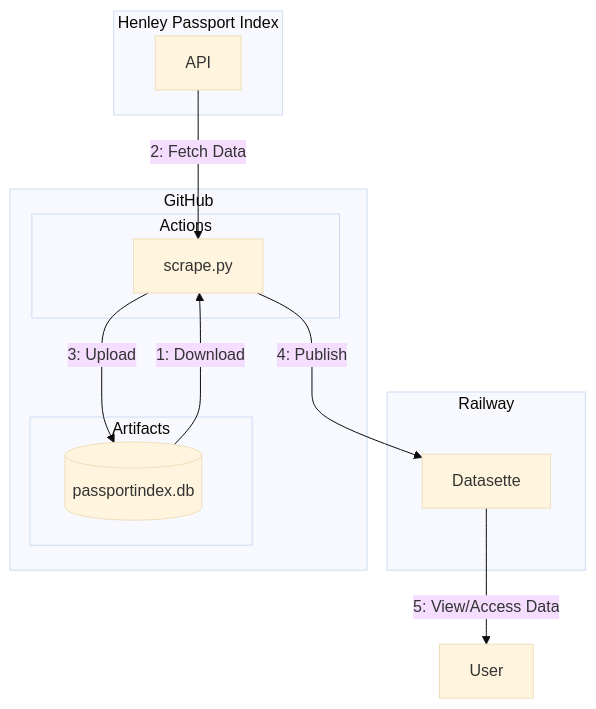
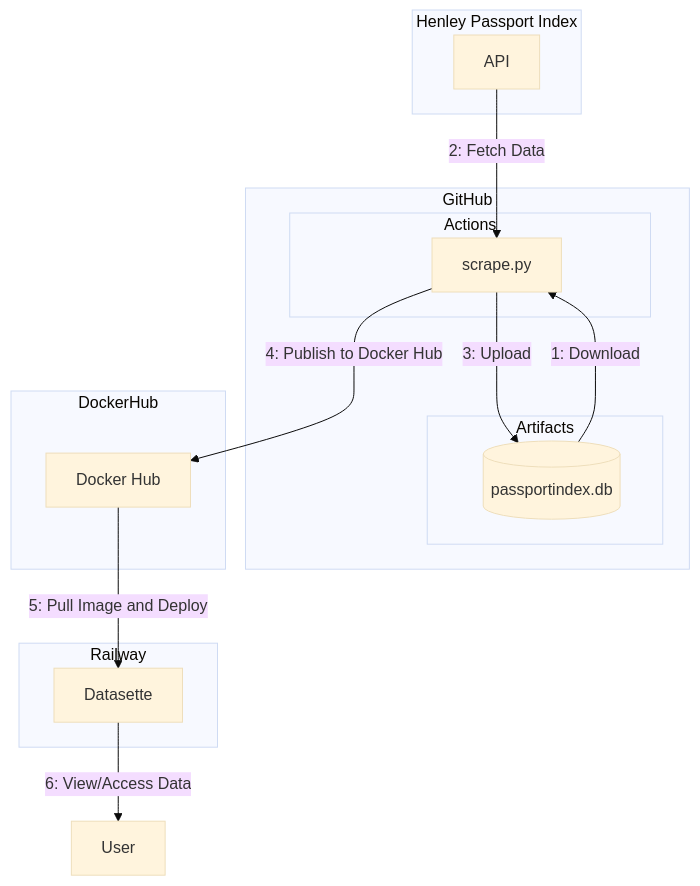
The first of 2 diagrams in README.md (ngshiheng/passportindexdb), drawn with Mermaid (base theme) before and after one commit.

Commit message:
docs: update diagram

````diff
--- a/README.md
+++ b/README.md
@@ -7,27 +7,27 @@
 ```mermaid
 graph TB
-	subgraph Railway
+    subgraph Railway
         deployment[Datasette]
-        class deployment railway;
     end
-
     subgraph GitHub
         subgraph Actions
             scraper[scrape.py]
         end
         subgraph Artifacts
             db[(passportindex.db)]
             class db artifacts;
         end
     end
-
     subgraph Henley Passport Index
         api[API]
     end
-
+    subgraph DockerHub
+        dockerhub[Docker Hub]
+    end
     db --> |1: Download| scraper
     api --> |2: Fetch Data| scraper
     scraper --> |3: Upload| db
-    scraper --> |4: Publish| deployment
-    deployment --> |5: View/Access Data| client[User]
+    scraper --> |4: Publish to Docker Hub| dockerhub
+    dockerhub --> |5: Pull Image and Deploy| deployment
+    deployment --> |6: View/Access Data| client[User]
 ```
````
